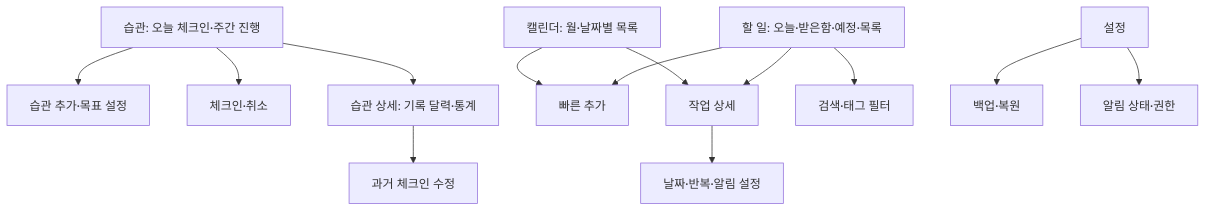
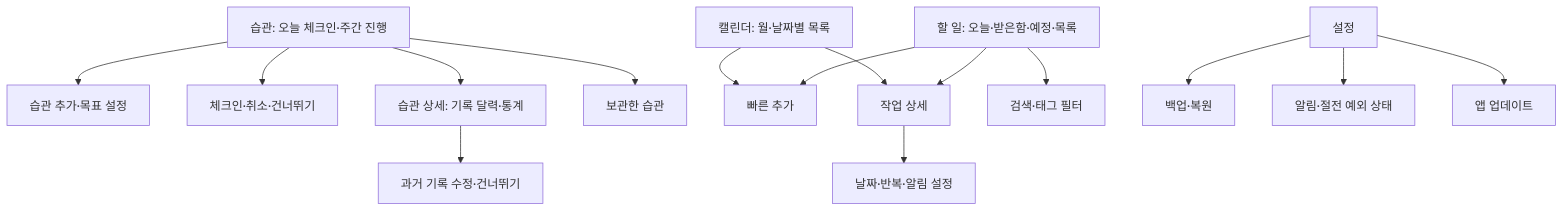
Before and after one commit to bossxor/tool_ScheduleMng: the diagram in docs/product-design.md, drawn with Mermaid. The commit also changed other lines of this file and 3 other files, not shown here.

````diff
--- a/docs/product-design.md
+++ b/docs/product-design.md
@@ -69,15 +74,17 @@
 ```mermaid
 flowchart TD
     Habits[습관: 오늘 체크인·주간 진행] --> HabitAdd[습관 추가·목표 설정]
-    Habits --> CheckIn[체크인·취소]
+    Habits --> CheckIn[체크인·취소·건너뛰기]
     Habits --> HabitDetail[습관 상세: 기록 달력·통계]
-    HabitDetail --> HistoryEdit[과거 체크인 수정]
+    Habits --> Archived[보관한 습관]
+    HabitDetail --> HistoryEdit[과거 기록 수정·건너뛰기]
     Tasks[할 일: 오늘·받은함·예정·목록] --> Add[빠른 추가]
     Tasks --> Detail[작업 상세]
     Tasks --> Search[검색·태그 필터]
     Calendar[캘린더: 월·날짜별 목록] --> Detail
     Calendar --> Add
     Detail --> Schedule[날짜·반복·알림 설정]
     Settings[설정] --> Backup[백업·복원]
-    Settings --> Permissions[알림 상태·권한]
+    Settings --> Permissions[알림·절전 예외 상태]
+    Settings --> Update[앱 업데이트]
 ```
````
